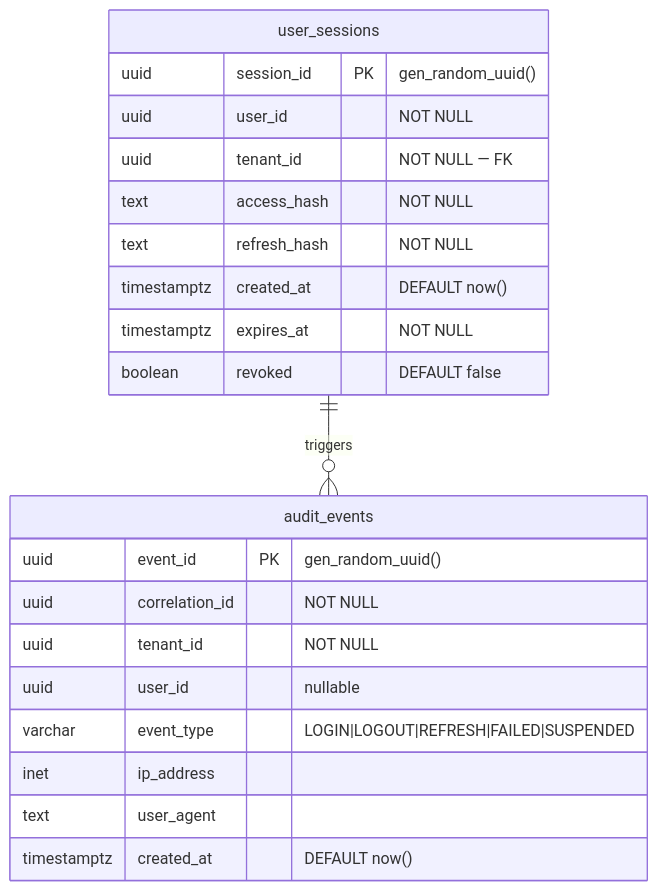
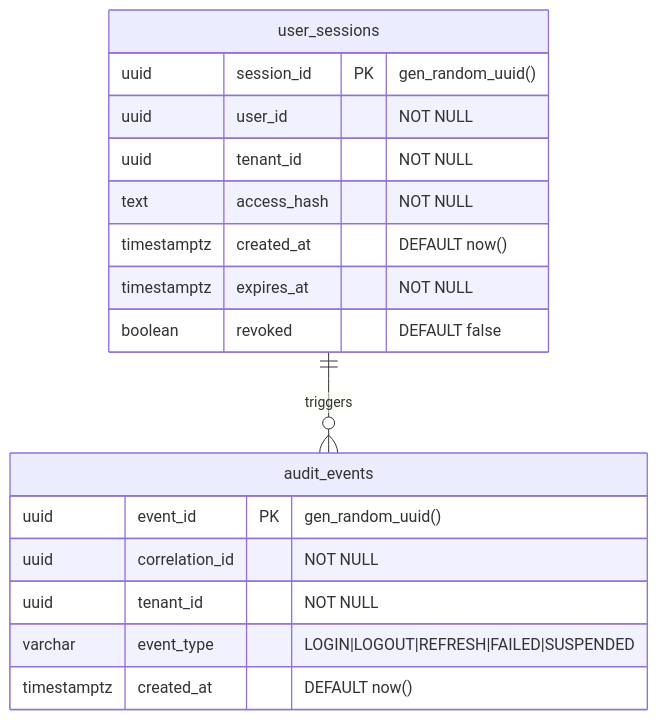
The third of 7 diagrams in business-inputs/business-projects/PRJ-TEC-2026-0004-PROJETO-SHIELD/12-LLD-PRJ-TEC-2026-0004-PROJETO-SHIELD.md (bolismar69/workspace-fbso), drawn with Mermaid before and after one commit. The commit also changed other lines of this file and 7 other files, not shown here.

````diff
--- a/business-inputs/business-projects/PRJ-TEC-2026-0004-PROJETO-SHIELD/12-LLD-PRJ-TEC-2026-0004-PROJETO-SHIELD.md
+++ b/business-inputs/business-projects/PRJ-TEC-2026-0004-PROJETO-SHIELD/12-LLD-PRJ-TEC-2026-0004-PROJETO-SHIELD.md
@@ -152,26 +124,22 @@
 ```mermaid
 erDiagram
     user_sessions {
         uuid session_id PK "gen_random_uuid()"
         uuid user_id "NOT NULL"
-        uuid tenant_id "NOT NULL — FK"
+        uuid tenant_id "NOT NULL"
         text access_hash "NOT NULL"
-        text refresh_hash "NOT NULL"
         timestamptz created_at "DEFAULT now()"
         timestamptz expires_at "NOT NULL"
         boolean revoked "DEFAULT false"
     }
 
     audit_events {
         uuid event_id PK "gen_random_uuid()"
         uuid correlation_id "NOT NULL"
         uuid tenant_id "NOT NULL"
-        uuid user_id "nullable"
         varchar event_type "LOGIN|LOGOUT|REFRESH|FAILED|SUSPENDED"
-        inet ip_address ""
-        text user_agent ""
         timestamptz created_at "DEFAULT now()"
     }
 
     user_sessions ||--o{ audit_events : "triggers"
 ```
````
